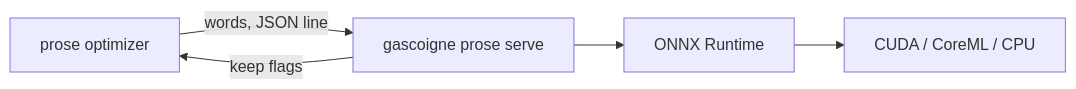
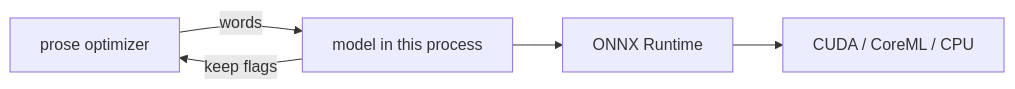
Before and after one commit to gascoigne-ai/gascoigne-cli: the diagram in docs/prose-model.md, drawn with Mermaid. The commit also changed other lines of this file and 19 other files, not shown here.

First line of the commit message:
feat(prose): load the model in the optimizing process, on with the experimental setting

````diff
--- a/docs/prose-model.md
+++ b/docs/prose-model.md
@@ -11,7 +14,7 @@
 ```mermaid
 flowchart LR
-  D["prose optimizer"] -->|"words, JSON line"| H["gascoigne prose serve"]
-  H --> O["ONNX Runtime"]
+  D["prose optimizer"] -->|"words"| M["model in this process"]
+  M --> O["ONNX Runtime"]
   O --> G["CUDA / CoreML / CPU"]
-  H -->|"keep flags"| D
+  M -->|"keep flags"| D
 ```
````
